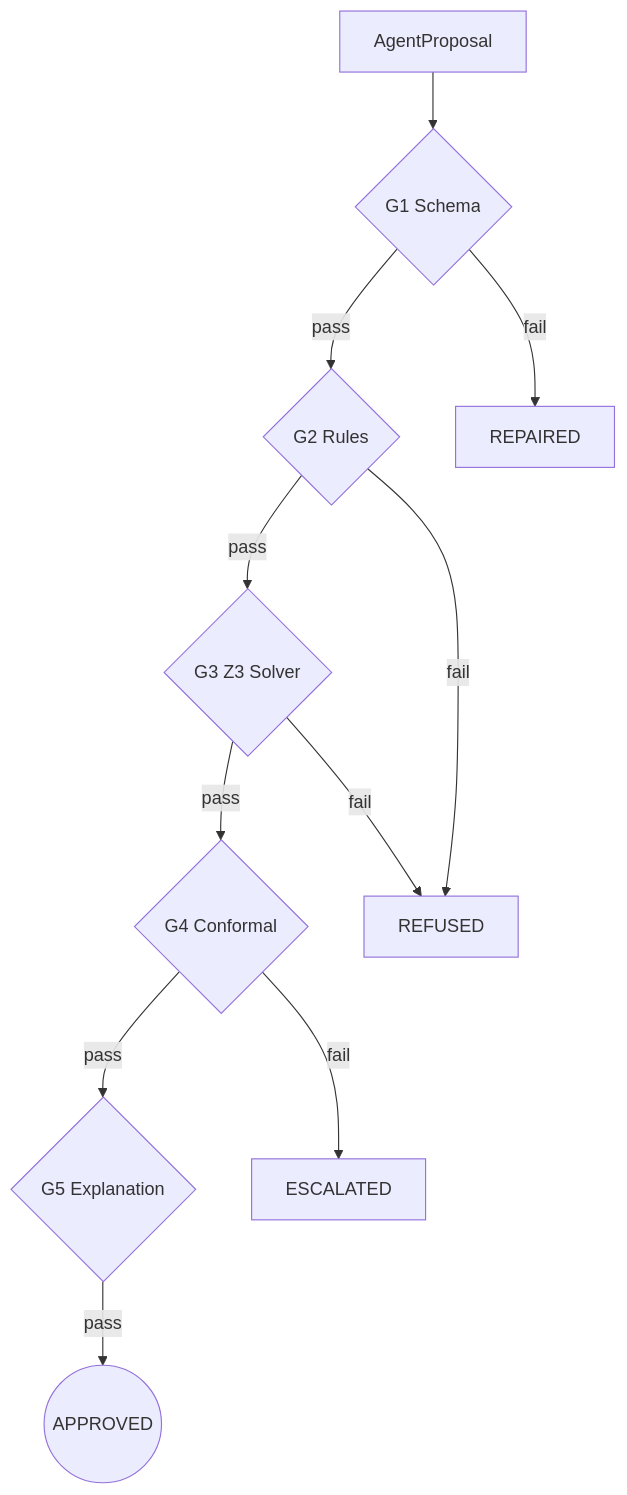
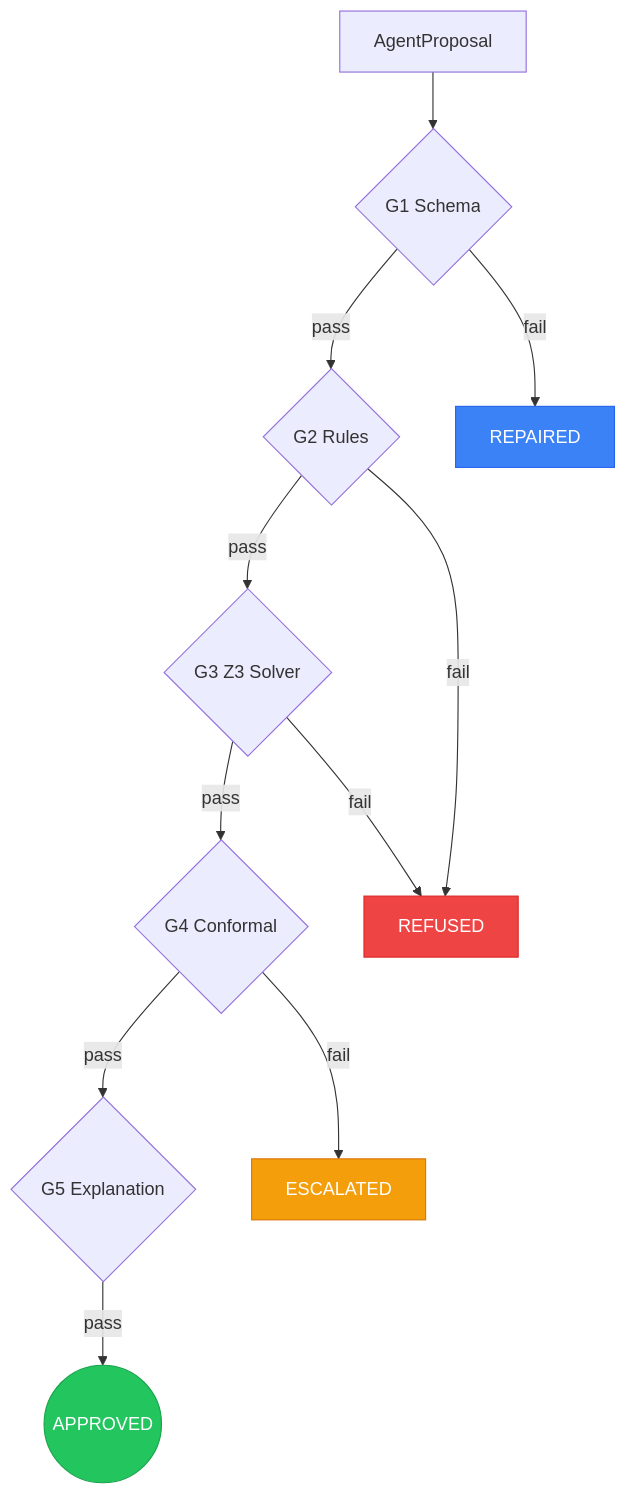
The diagram in README.md (rafaelcontente/TrustPort), drawn with Mermaid before and after one commit. The commit also changed other lines of this file and 5 other files, not shown here.

Commit message:
docs: module-specific README with fixed structure, add ARCHITECTURE/EVALUATION/LIMITATIONS/ROADMAP/api docs

````diff
--- a/README.md
+++ b/README.md
@@ -25,13 +30,17 @@
 ```mermaid
 graph TD
     A[AgentProposal] --> G1{G1 Schema}
     G1 -->|pass| G2{G2 Rules}
     G2 -->|pass| G3{G3 Z3 Solver}
     G3 -->|pass| G4{G4 Conformal}
     G4 -->|pass| G5{G5 Explanation}
     G5 -->|pass| OK((APPROVED))
     G1 -->|fail| REP[REPAIRED]
     G2 -->|fail| REF[REFUSED]
     G3 -->|fail| REF
     G4 -->|fail| ESC[ESCALATED]
+    style OK fill:#22c55e,stroke:#16a34a,color:#fff
+    style REP fill:#3b82f6,stroke:#2563eb,color:#fff
+    style REF fill:#ef4444,stroke:#dc2626,color:#fff
+    style ESC fill:#f59e0b,stroke:#d97706,color:#fff
 ```
````
